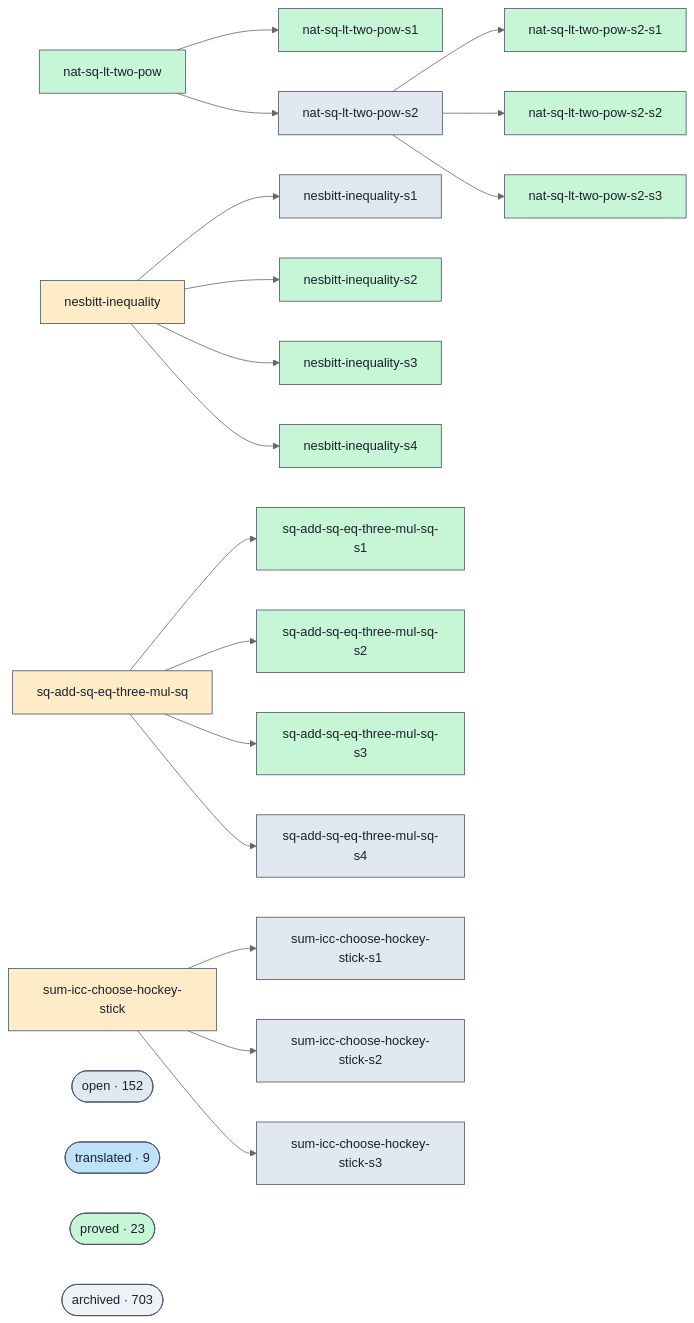
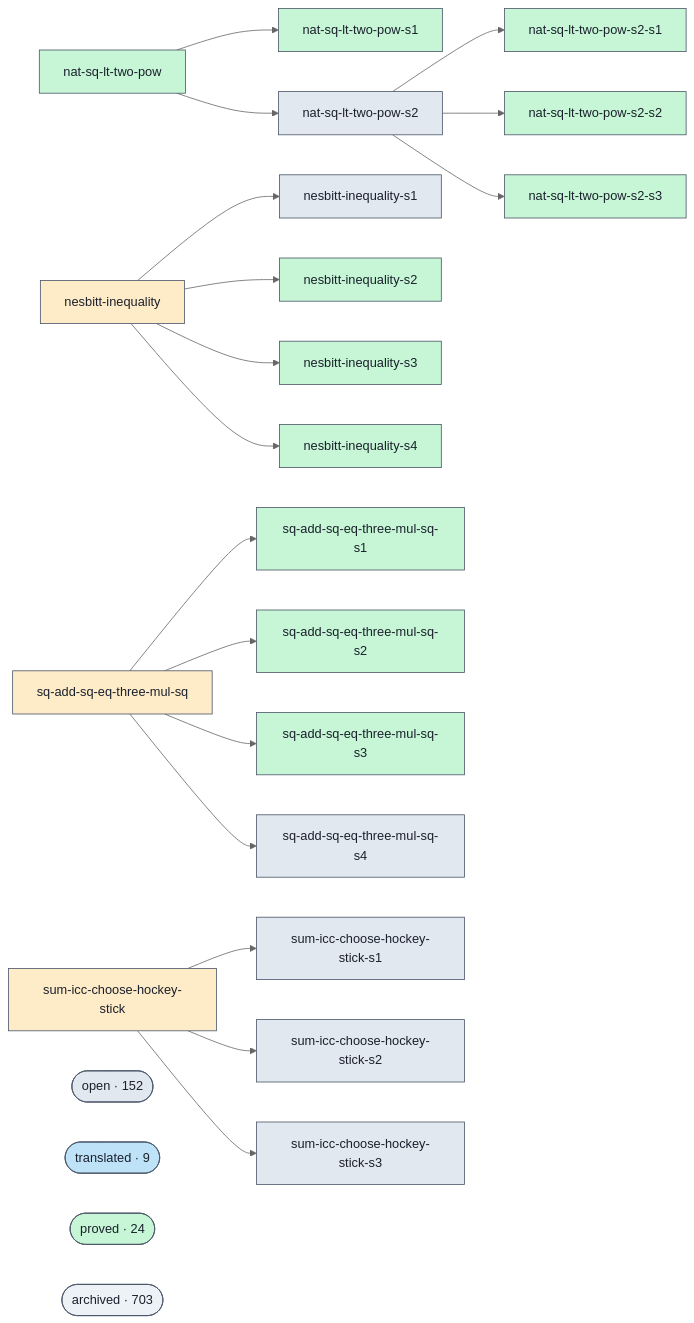
The diagram in docs/proofs-contributors-visualisation.md (Rauxon/unsorry), drawn with Mermaid (neutral theme) before and after one commit. The commit also changed other lines of this file and 2 other files, not shown here.

```diff
--- a/docs/proofs-contributors-visualisation.md
+++ b/docs/proofs-contributors-visualisation.md
@@ -102,7 +102,7 @@
   class cluster_open open;
   cluster_translated(["translated · 9"])
   class cluster_translated translated;
-  cluster_proved(["proved · 23"])
+  cluster_proved(["proved · 24"])
   class cluster_proved proved;
   cluster_archived(["archived · 703"])
   class cluster_archived unknown;
```
